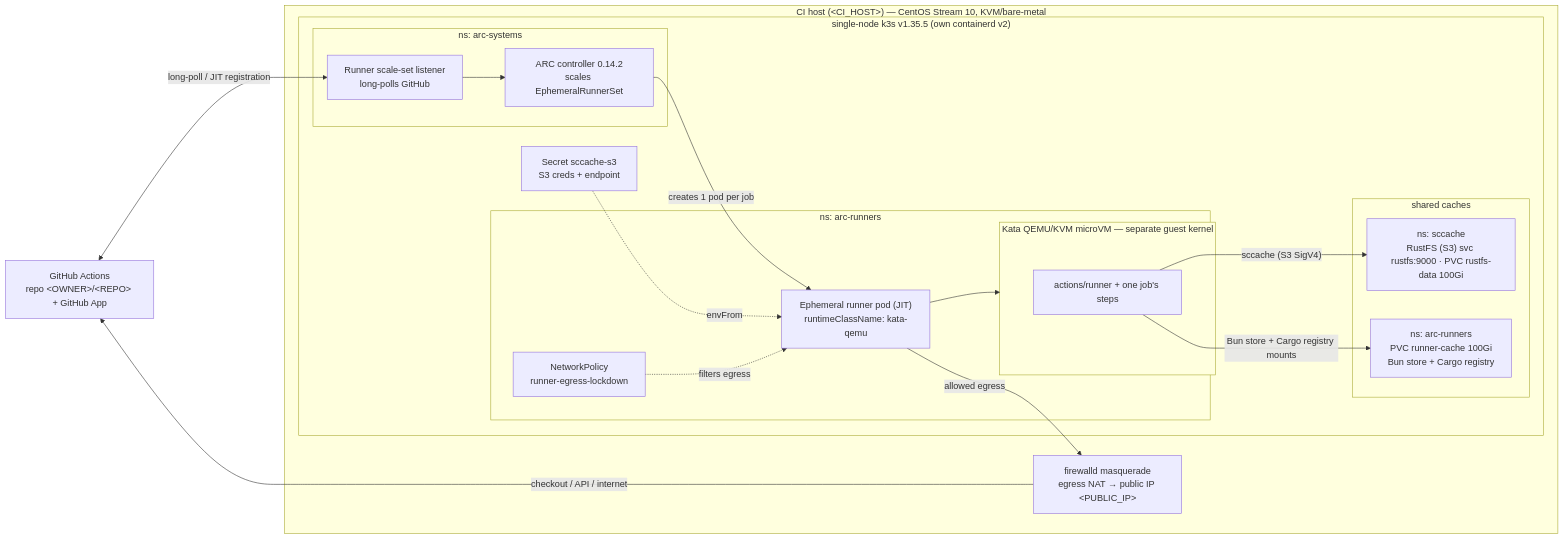
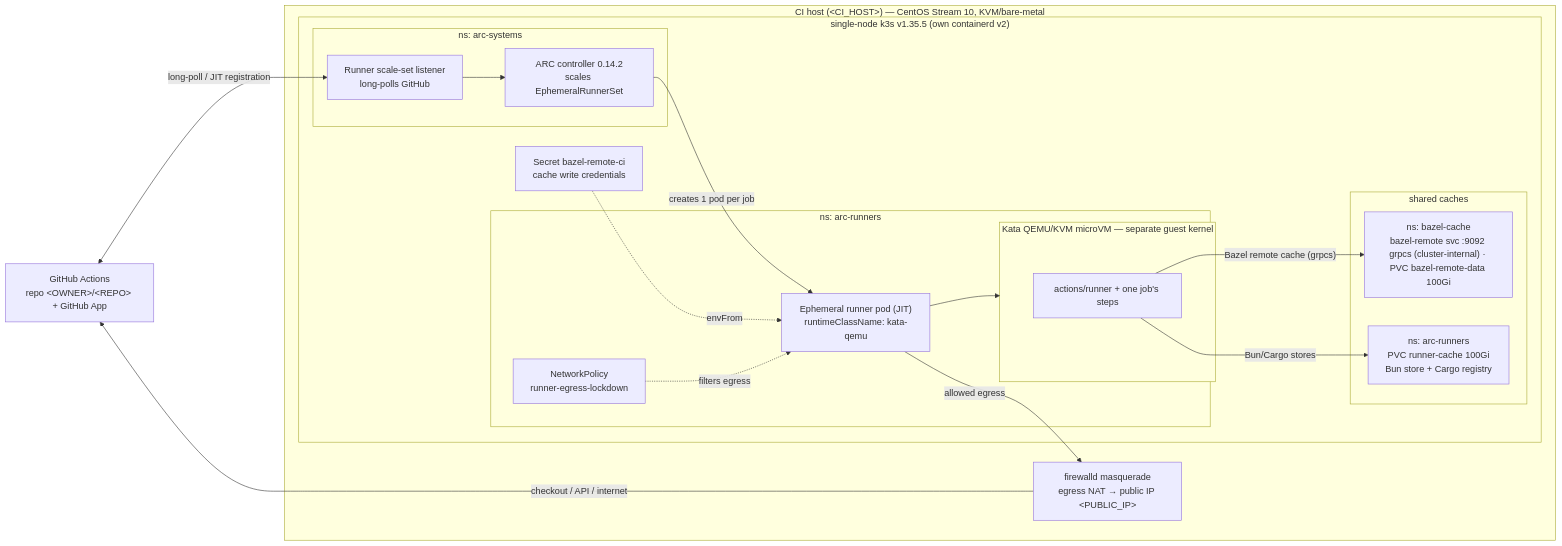
The diagram in infra/docs/README.md (feigo313/omp-zh-i18n), drawn with Mermaid before and after one commit. The commit also changed other lines of this file and 1747 other files, not shown here.

````diff
--- a/infra/docs/README.md
+++ b/infra/docs/README.md
@@ -9,37 +9,37 @@
 ```mermaid
 flowchart LR
     GH["GitHub Actions<br/>repo &lt;OWNER&gt;/&lt;REPO&gt; + GitHub App"]
 
     subgraph HOST["CI host (&lt;CI_HOST&gt;) — CentOS Stream 10, KVM/bare-metal"]
       NAT["firewalld masquerade<br/>egress NAT → public IP &lt;PUBLIC_IP&gt;"]
       subgraph K3S["single-node k3s v1.35.5 (own containerd v2)"]
         subgraph SYS["ns: arc-systems"]
           LIS["Runner scale-set listener<br/>long-polls GitHub"]
           CTRL["ARC controller 0.14.2<br/>scales EphemeralRunnerSet"]
         end
         subgraph RUN["ns: arc-runners"]
           NP["NetworkPolicy<br/>runner-egress-lockdown"]
           POD["Ephemeral runner pod (JIT)<br/>runtimeClassName: kata-qemu"]
           subgraph VM["Kata QEMU/KVM microVM — separate guest kernel"]
             JOB["actions/runner + one job's steps"]
           end
         end
         subgraph CACHE["shared caches"]
-          RUSTFS["ns: sccache<br/>RustFS (S3) svc rustfs:9000 · PVC rustfs-data 100Gi"]
+          BRC["ns: bazel-cache<br/>bazel-remote svc :9092 grpcs (cluster-internal) · PVC bazel-remote-data 100Gi"]
           PVC["ns: arc-runners<br/>PVC runner-cache 100Gi<br/>Bun store + Cargo registry"]
         end
-        SEC["Secret sccache-s3<br/>S3 creds + endpoint"]
+        SEC["Secret bazel-remote-ci<br/>cache write credentials"]
       end
     end
 
     GH <-->|"long-poll / JIT registration"| LIS
     LIS --> CTRL
     CTRL -->|"creates 1 pod per job"| POD
     POD --> VM
     SEC -.->|"envFrom"| POD
     NP -.->|"filters egress"| POD
-    JOB -->|"sccache (S3 SigV4)"| RUSTFS
-    JOB -->|"Bun store + Cargo registry mounts"| PVC
+    JOB -->|"Bazel remote cache (grpcs)"| BRC
+    JOB -->|"Bun/Cargo stores"| PVC
     POD -->|"allowed egress"| NAT
     NAT -->|"checkout / API / internet"| GH
 ```
````
